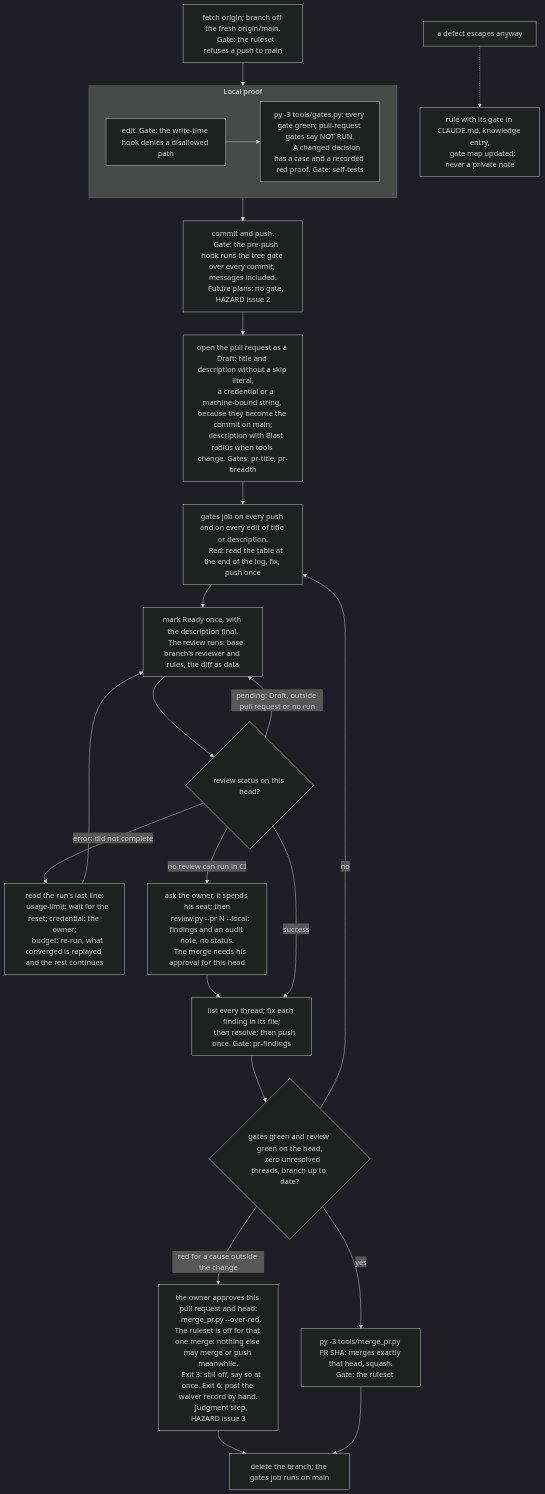
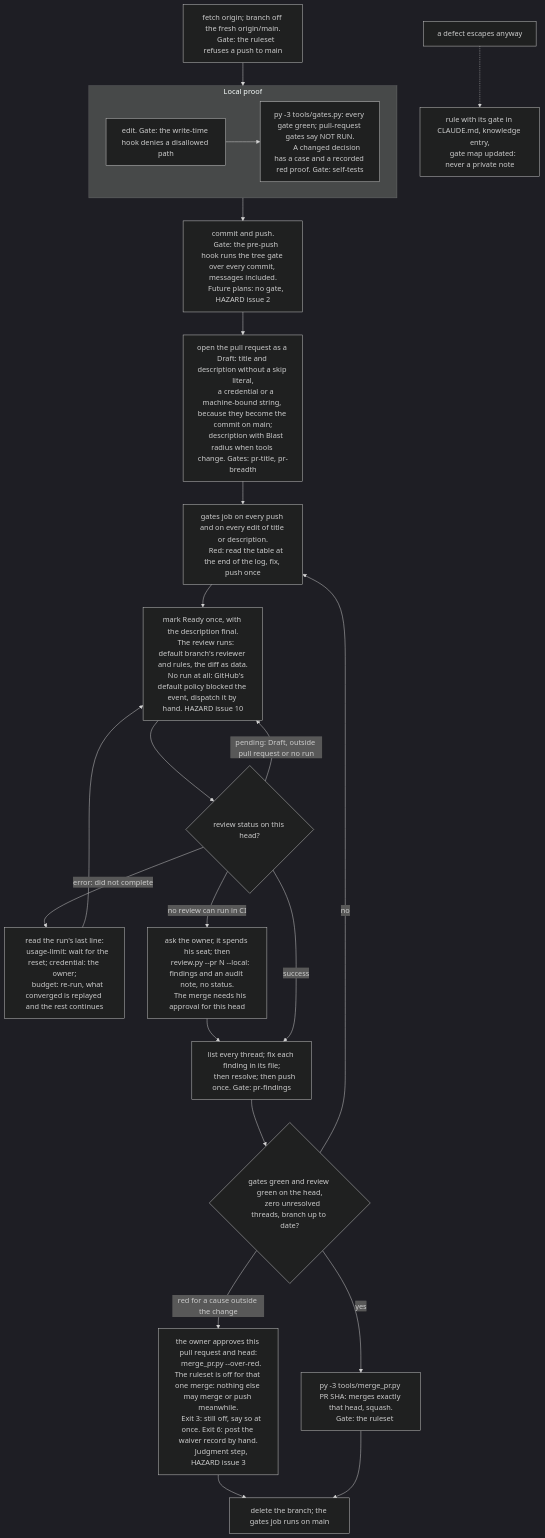
Before and after one commit to SymoHTL/Kurz: the diagram in knowledge/diagram-change-walk.md, drawn with Mermaid (dark theme). The commit also changed 15 other files, not shown here.

First line of the commit message:
Reviewer: passes run in rounds; the review runs the default branch

````diff
--- a/knowledge/diagram-change-walk.md
+++ b/knowledge/diagram-change-walk.md
@@ -11,45 +11,46 @@
 ```mermaid
 flowchart TD
     A["fetch origin; branch off the fresh origin/main.
     Gate: the ruleset refuses a push to main"] --> B
     subgraph B["Local proof"]
         B1["edit. Gate: the write-time hook denies a disallowed path"] --> B2
         B2["py -3 tools/gates.py: every gate green; pull-request gates say NOT RUN.
         A changed decision has a case and a recorded red proof. Gate: self-tests"]
     end
     B --> C["commit and push.
     Gate: the pre-push hook runs the tree gate over every commit, messages included.
     Future plans: no gate, HAZARD issue 2"]
     C --> D["open the pull request as a Draft: title and description without a skip literal,
     a credential or a machine-bound string, because they become the commit on main;
     description with Blast radius when tools change. Gates: pr-title, pr-breadth"]
     D --> E["gates job on every push and on every edit of title or description.
     Red: read the table at the end of the log, fix, push once"]
     E --> F["mark Ready once, with the description final.
-    The review runs: base branch's reviewer and rules, the diff as data"]
+    The review runs: default branch's reviewer and rules, the diff as data.
+    No run at all: GitHub's default policy blocked the event, dispatch it by hand. HAZARD issue 10"]
     F --> G{"review status on this head?"}
     G -- "pending: Draft, outside pull request or no run" --> F
     G -- "error: did not complete" --> H["read the run's last line:
     usage-limit: wait for the reset; credential: the owner;
     budget: re-run, what converged is replayed and the rest continues"]
     H --> F
     G -- "no review can run in CI" --> O["ask the owner, it spends his seat; then
     review.py --pr N --local: findings and an audit note, no status.
     The merge needs his approval for this head"]
     O --> I
     G -- "success" --> I["list every thread; fix each finding in its file;
     then resolve; then push once. Gate: pr-findings"]
     I --> J{"gates green and review green on the head,
     zero unresolved threads, branch up to date?"}
     J -- "no" --> E
     J -- "yes" --> K["py -3 tools/merge_pr.py PR SHA: merges exactly that head, squash.
     Gate: the ruleset"]
     J -- "red for a cause outside the change" --> N["the owner approves this pull request and head:
     merge_pr.py --over-red. The ruleset is off for that one merge: nothing else may merge or push meanwhile.
     Exit 3: still off, say so at once. Exit 6: post the waiver record by hand.
     Judgment step, HAZARD issue 3"]
     N --> L
     K --> L["delete the branch; the gates job runs on main"]
     X["a defect escapes anyway"] -.-> Y["rule with its gate in CLAUDE.md, knowledge entry,
     gate map updated: never a private note"]
 ```
````
